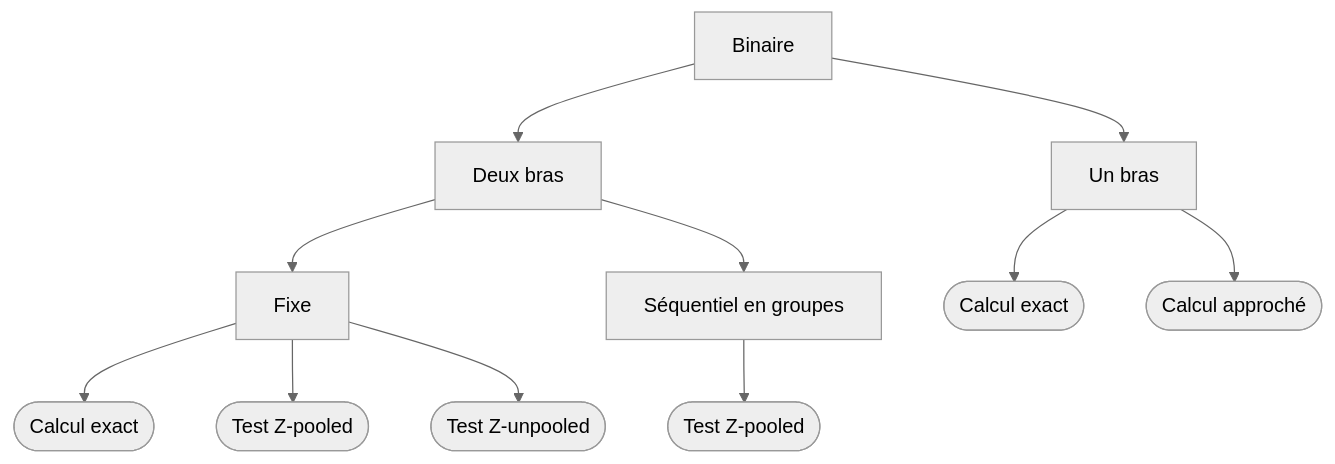
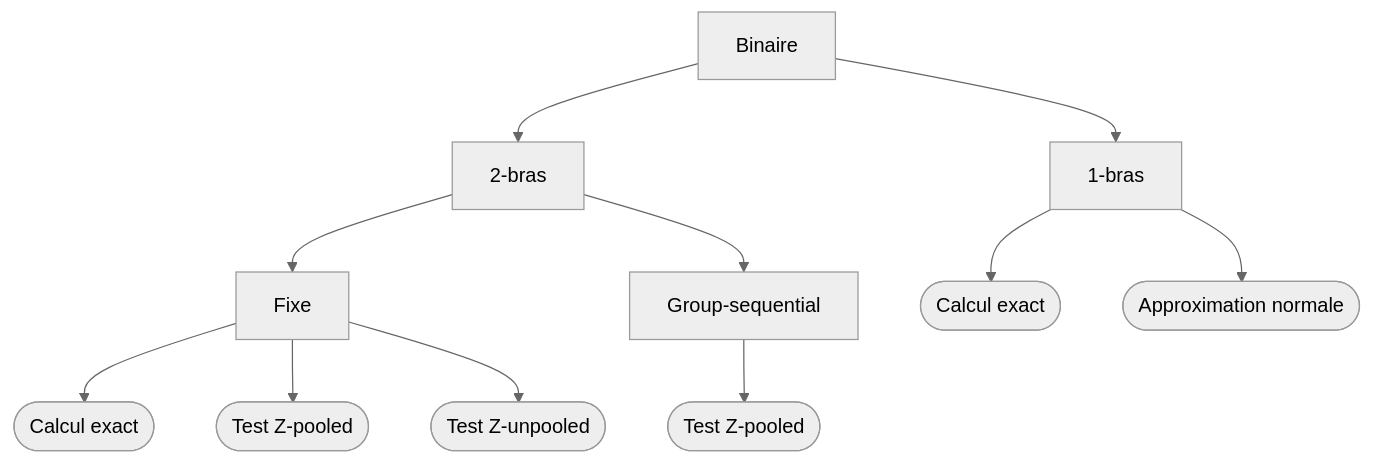
Before and after one commit to Oncostat/sample-size-comparison: the second of 3 diagrams in presentation/presentation-fr.qmd, drawn with Mermaid. The commit also changed other lines of this file and 1 other file, not shown here.

````diff
--- a/presentation/presentation-fr.qmd
+++ b/presentation/presentation-fr.qmd
@@ -125,18 +194,17 @@
 ```{mermaid}
 ---
 config:
   theme: neutral
 ---
 flowchart TB
-  AB["Binaire"] --> ABA["Deux bras"]
+  AB["Binaire"] --> ABA["2-bras"]
     ABA --> ABAA["Fixe"]
       ABAA --> ABAAA(["Calcul exact"])
       ABAA --> ABAAB(["Test Z-pooled"])
       ABAA --> ABAAC(["Test Z-unpooled"])
-    ABA --> ABAB["Séquentiel en groupes"]
+    ABA --> ABAB["Group-sequential"]
       ABAB --> ABABA(["Test Z-pooled"])
-  AB --> ABB["Un bras"]
+  AB --> ABB["1-bras"]
     ABB --> ABBA(["Calcul exact"])
-    ABB --> ABBB(["Calcul approché"])
-
+    ABB --> ABBB(["Approximation normale"])
 ```
````
